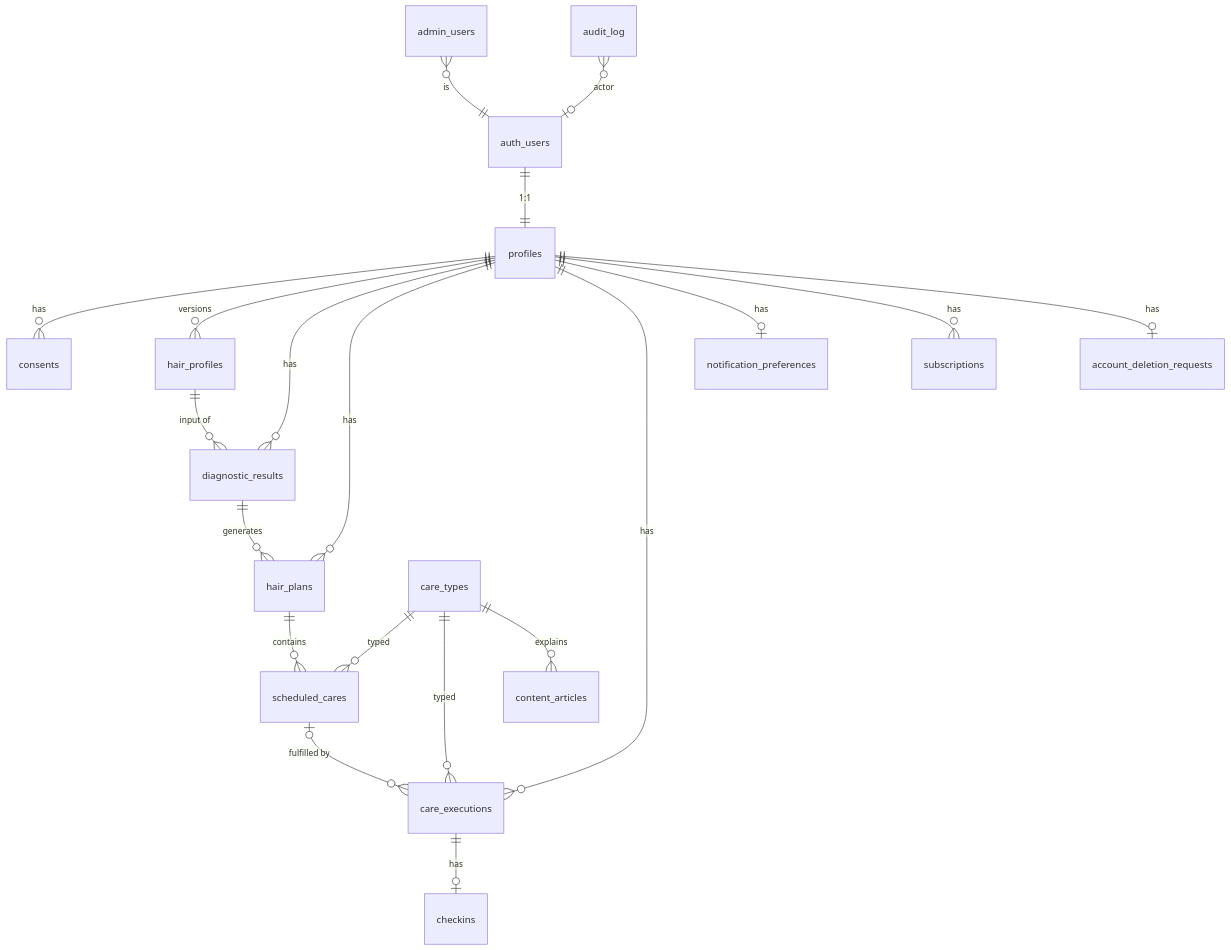
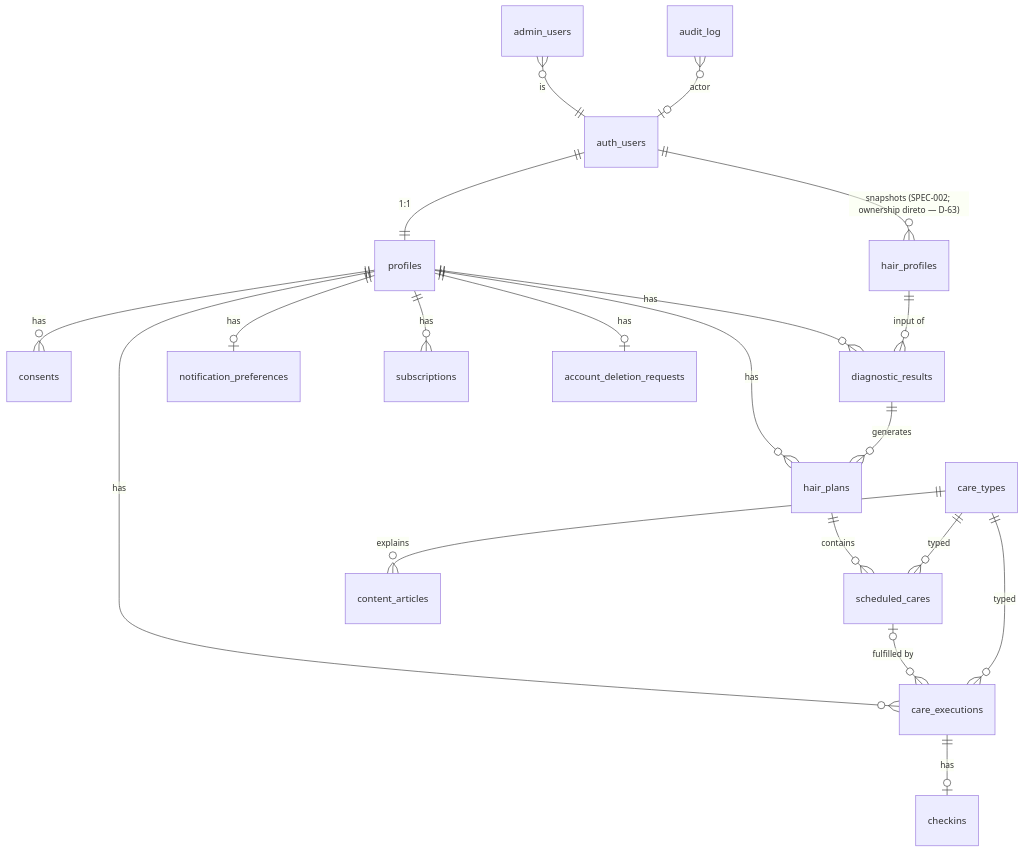
Before and after one commit to gabrielfmorais/Aplicativo-Sass: the diagram in docs/architecture/DATA-MODEL.md, drawn with Mermaid. The commit also changed other lines of this file and 2 other files, not shown here.

First line of the commit message:
docs: sync DATA-MODEL, DOMAIN-MAP and CLAUDE.md status with SPEC-002 (D-63/D-64)

````diff
--- a/docs/architecture/DATA-MODEL.md
+++ b/docs/architecture/DATA-MODEL.md
@@ -31,22 +31,22 @@
 ```mermaid
 erDiagram
     auth_users ||--|| profiles : "1:1"
     profiles ||--o{ consents : has
-    profiles ||--o{ hair_profiles : "versions"
+    auth_users ||--o{ hair_profiles : "snapshots (SPEC-002; ownership direto — D-63)"
     profiles ||--o{ diagnostic_results : has
     profiles ||--o{ hair_plans : has
     profiles ||--o{ care_executions : has
     profiles ||--o| notification_preferences : has
     profiles ||--o{ subscriptions : has
     profiles ||--o| account_deletion_requests : has
     hair_profiles ||--o{ diagnostic_results : "input of"
     diagnostic_results ||--o{ hair_plans : "generates"
     hair_plans ||--o{ scheduled_cares : contains
     scheduled_cares o|--o{ care_executions : "fulfilled by"
     care_executions ||--o| checkins : has
     care_types ||--o{ scheduled_cares : typed
     care_types ||--o{ care_executions : typed
     care_types ||--o{ content_articles : explains
     admin_users }o--|| auth_users : is
     audit_log }o--o| auth_users : actor
 ```
````
